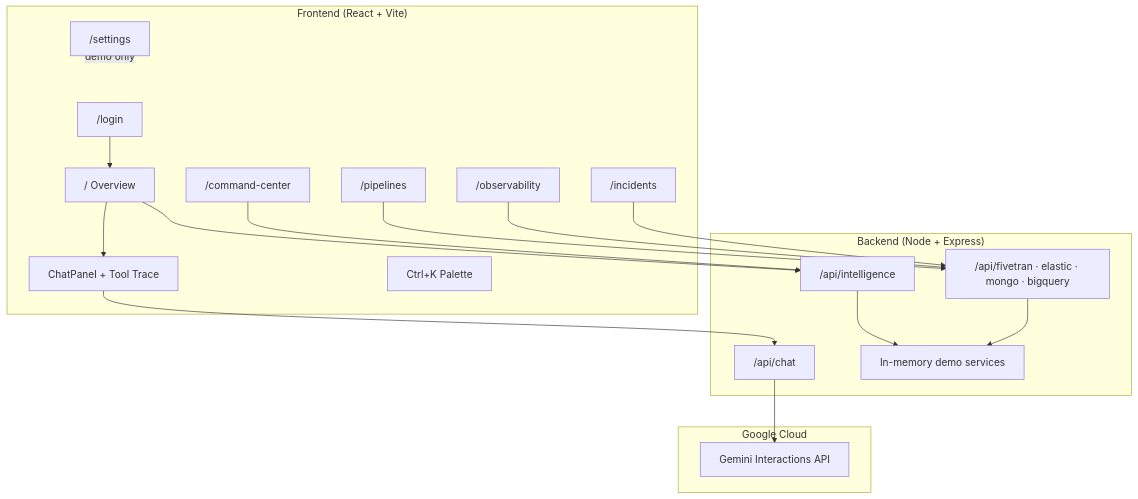
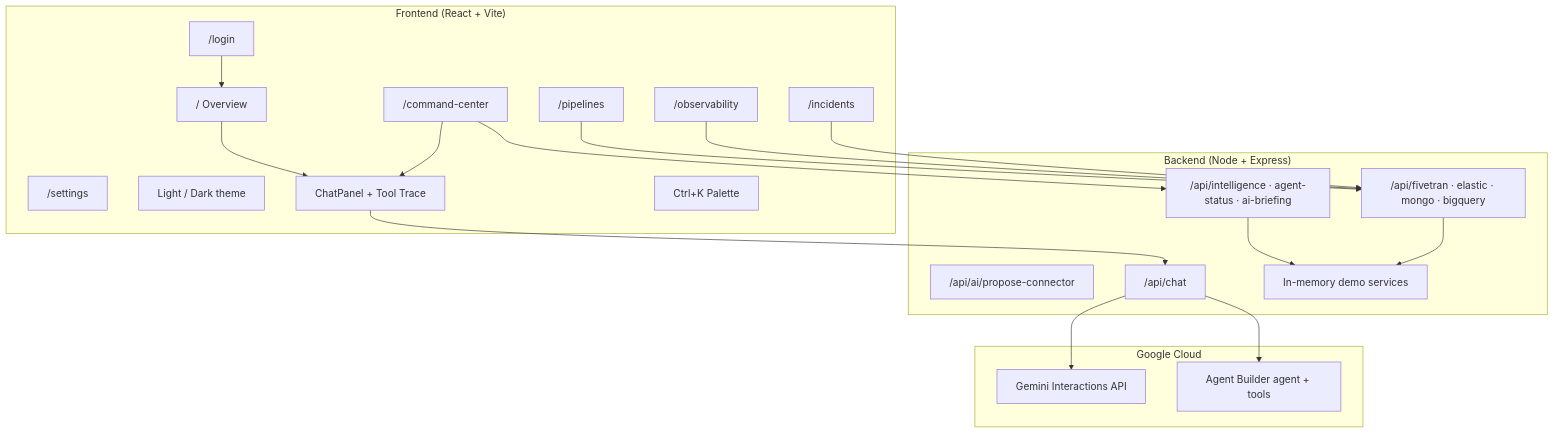
One commit to astarr114/Rapid-Hackathon changed the diagram in README.md. Above: the diagram before and after it, drawn with Mermaid. The commit also changed other lines of this file, not shown here.

````diff
--- a/README.md
+++ b/README.md
@@ -7,38 +9,41 @@
 ```mermaid
 flowchart TB
   subgraph Browser["Frontend (React + Vite)"]
     Login["/login"]
     Overview["/ Overview"]
     CmdCtr["/command-center"]
     Pipelines["/pipelines"]
     Observability["/observability"]
     Incidents["/incidents"]
     Settings["/settings"]
+    Theme["Light / Dark theme"]
     Chat["ChatPanel + Tool Trace"]
     CmdK["Ctrl+K Palette"]
   end
 
   subgraph Backend["Backend (Node + Express)"]
     API["/api/fivetran · elastic · mongo · bigquery"]
-    Intel["/api/intelligence"]
+    Intel["/api/intelligence · agent-status · ai-briefing"]
+    AI["/api/ai/propose-connector"]
     ChatBridge["/api/chat"]
     Demo["In-memory demo services"]
   end
 
   subgraph External["Google Cloud"]
     Gemini["Gemini Interactions API"]
+    AgentBuilder["Agent Builder agent + tools"]
   end
 
   Login --> Overview
   Overview --> Chat
-  Overview --> Intel
   CmdCtr --> Intel
+  CmdCtr --> Chat
   Chat --> ChatBridge
   ChatBridge --> Gemini
+  ChatBridge --> AgentBuilder
   Pipelines --> API
   Observability --> API
   Incidents --> API
   Intel --> Demo
   API --> Demo
-  Settings -.->|"demo only"| Browser
 ```
````
